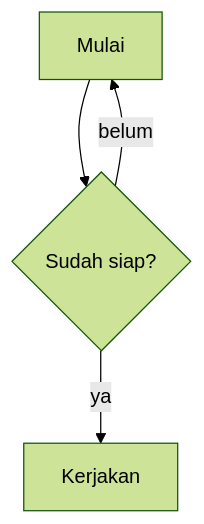
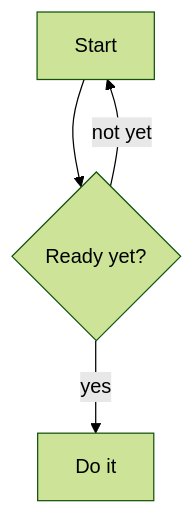
Before and after one commit to EkaPutCom/nyerat: the diagram in tests/samples/all-formats.md, drawn with Mermaid (forest theme). The commit also changed other lines of this file and 5 other files, not shown here.

````diff
--- a/tests/samples/all-formats.md
+++ b/tests/samples/all-formats.md
@@ -240,6 +240,6 @@
 ```mermaid
 graph TD
-    A[Mulai] --> B{Sudah siap?}
-    B -->|ya| C[Kerjakan]
-    B -->|belum| A
+    A[Start] --> B{Ready yet?}
+    B -->|yes| C[Do it]
+    B -->|not yet| A
 ```
````
